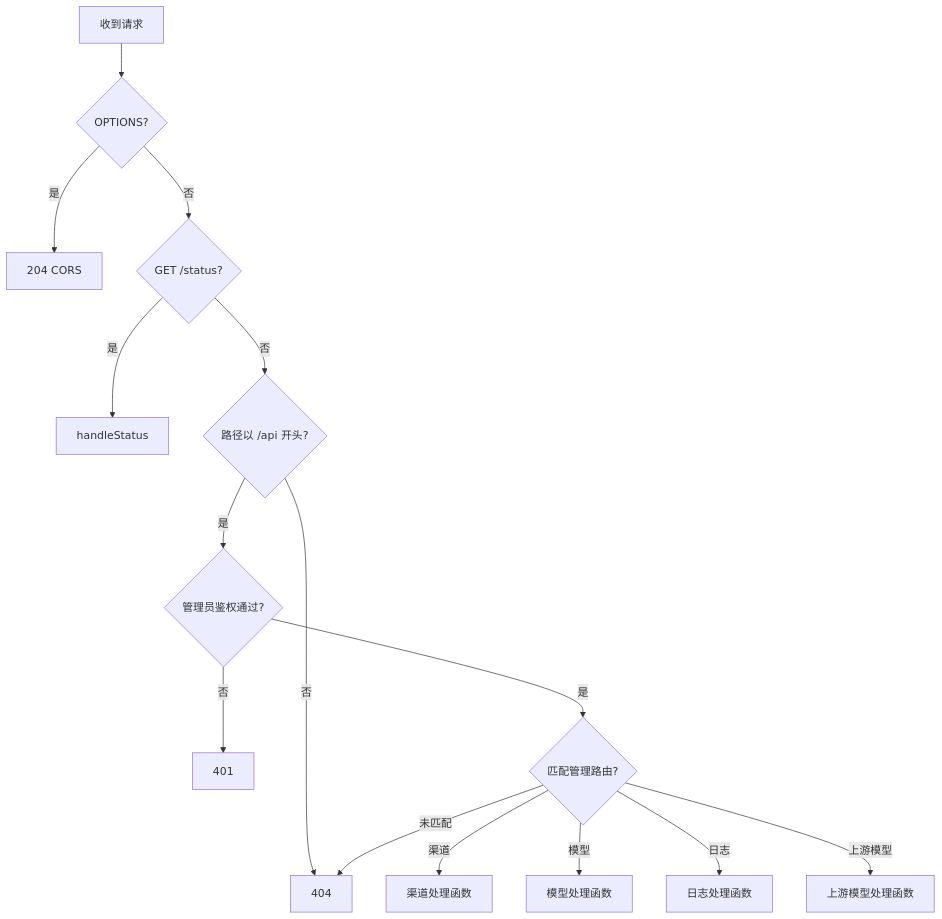
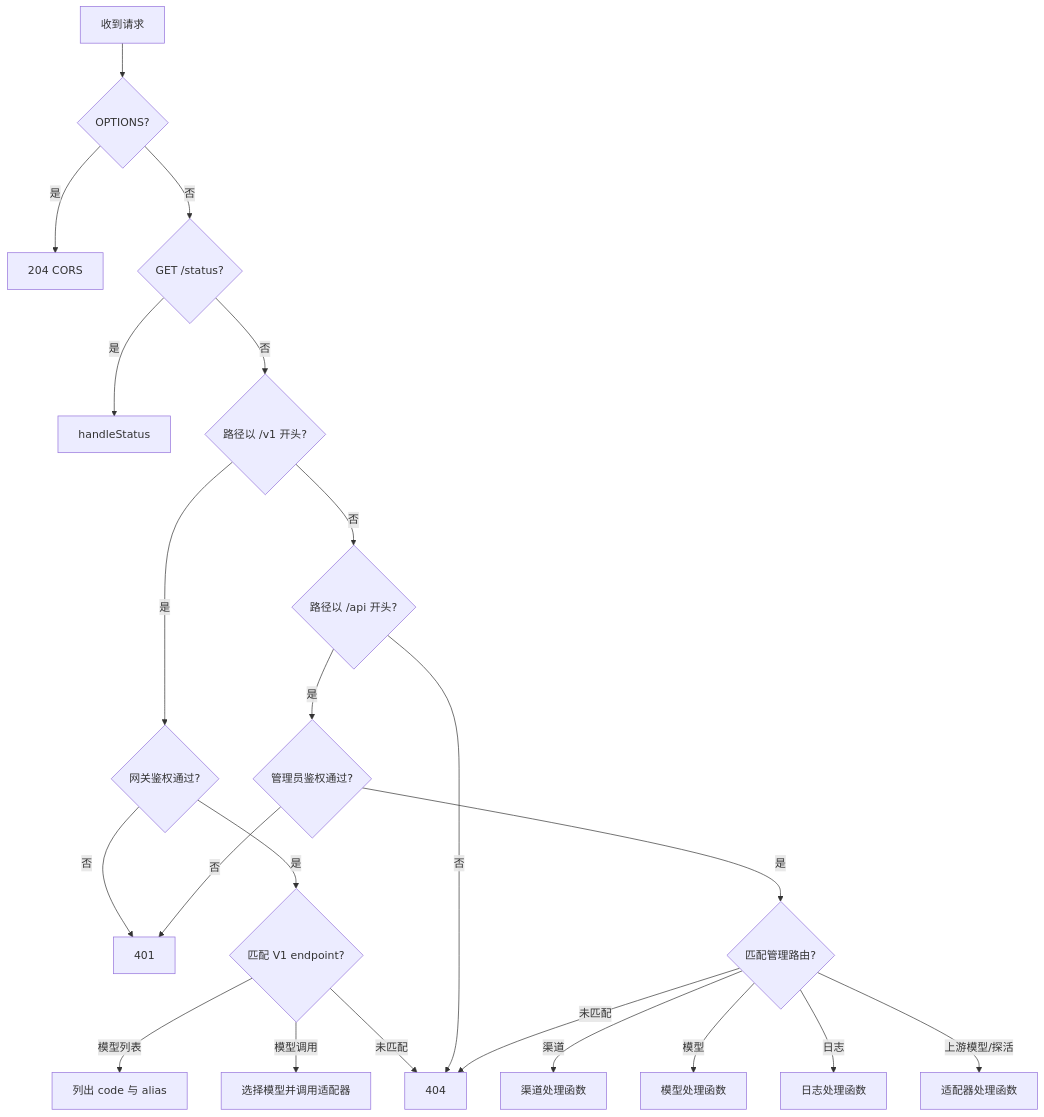
The seventh of 7 diagrams in DEVELOPMENT.md (excing/open-ai-gateway), drawn with Mermaid before and after one commit. The commit also changed other lines of this file and 5 other files, not shown here.

````diff
--- a/DEVELOPMENT.md
+++ b/DEVELOPMENT.md
@@ -128,17 +205,24 @@
 ```mermaid
 flowchart TD
     A[收到请求] --> B{OPTIONS?}
     B -->|是| C[204 CORS]
     B -->|否| D{GET /status?}
     D -->|是| E[handleStatus]
-    D -->|否| F{路径以 /api 开头?}
-    F -->|否| Z[404]
+    D -->|否| V{路径以 /v1 开头?}
+    V -->|是| V2{网关鉴权通过?}
+    V2 -->|否| H[401]
+    V2 -->|是| V3{匹配 V1 endpoint?}
+    V3 -->|模型列表| V4[列出 code 与 alias]
+    V3 -->|模型调用| V5[选择模型并调用适配器]
+    V3 -->|未匹配| Z[404]
+    V -->|否| F{路径以 /api 开头?}
+    F -->|否| Z
     F -->|是| G{管理员鉴权通过?}
     G -->|否| H[401]
     G -->|是| I{匹配管理路由?}
     I -->|渠道| J[渠道处理函数]
     I -->|模型| K[模型处理函数]
     I -->|日志| L[日志处理函数]
-    I -->|上游模型| M[上游模型处理函数]
+    I -->|上游模型/探活| M[适配器处理函数]
     I -->|未匹配| Z
 ```
````
